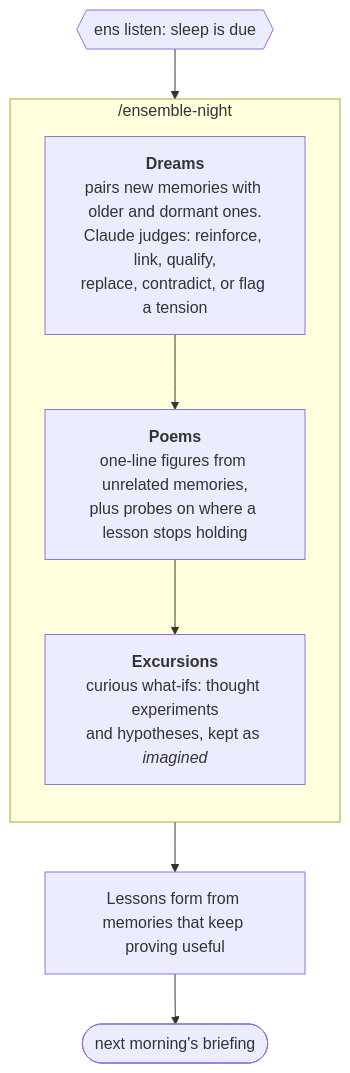
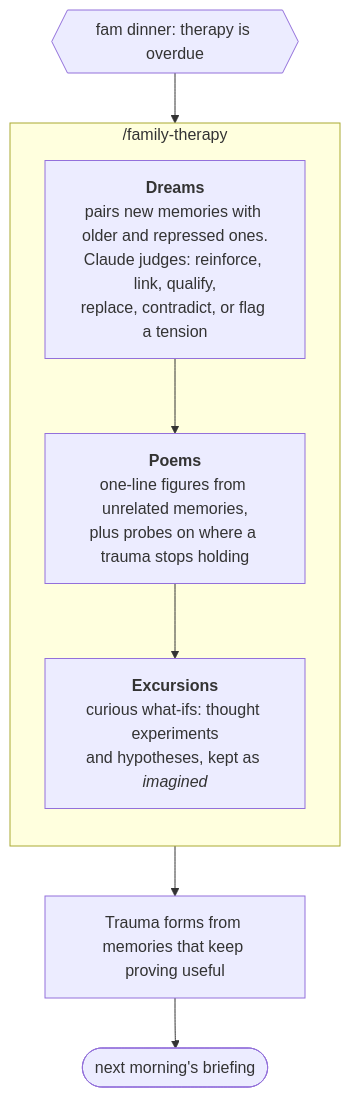
One commit to TheHaymaker/Ensemble-of-memories changed the second of 5 diagrams in README.md. Above: the diagram before and after it, drawn with Mermaid. The commit also changed other lines of this file and 53 other files, not shown here.

First line of the commit message:
Rename Ensemble to Family Matters: `fam` CLI, family-dysfunction vocabulary

````diff
--- a/README.md
+++ b/README.md
@@ -74,13 +76,13 @@
 ```mermaid
 flowchart TB
-    due{{"ens listen: sleep is due"}} --> D
-    subgraph night ["/ensemble-night"]
+    due{{"fam dinner: therapy is overdue"}} --> D
+    subgraph night ["/family-therapy"]
         direction TB
-        D["<b>Dreams</b><br/>pairs new memories with older and dormant ones.<br/>Claude judges: reinforce, link, qualify,<br/>replace, contradict, or flag a tension"]
-        P["<b>Poems</b><br/>one-line figures from unrelated memories,<br/>plus probes on where a lesson stops holding"]
+        D["<b>Dreams</b><br/>pairs new memories with older and repressed ones.<br/>Claude judges: reinforce, link, qualify,<br/>replace, contradict, or flag a tension"]
+        P["<b>Poems</b><br/>one-line figures from unrelated memories,<br/>plus probes on where a trauma stops holding"]
         E["<b>Excursions</b><br/>curious what-ifs: thought experiments<br/>and hypotheses, kept as <i>imagined</i>"]
         D --> P --> E
     end
-    E --> LS["Lessons form from memories that keep proving useful"]
+    E --> LS["Trauma forms from memories that keep proving useful"]
     LS --> next([next morning's briefing])
 ```
````
